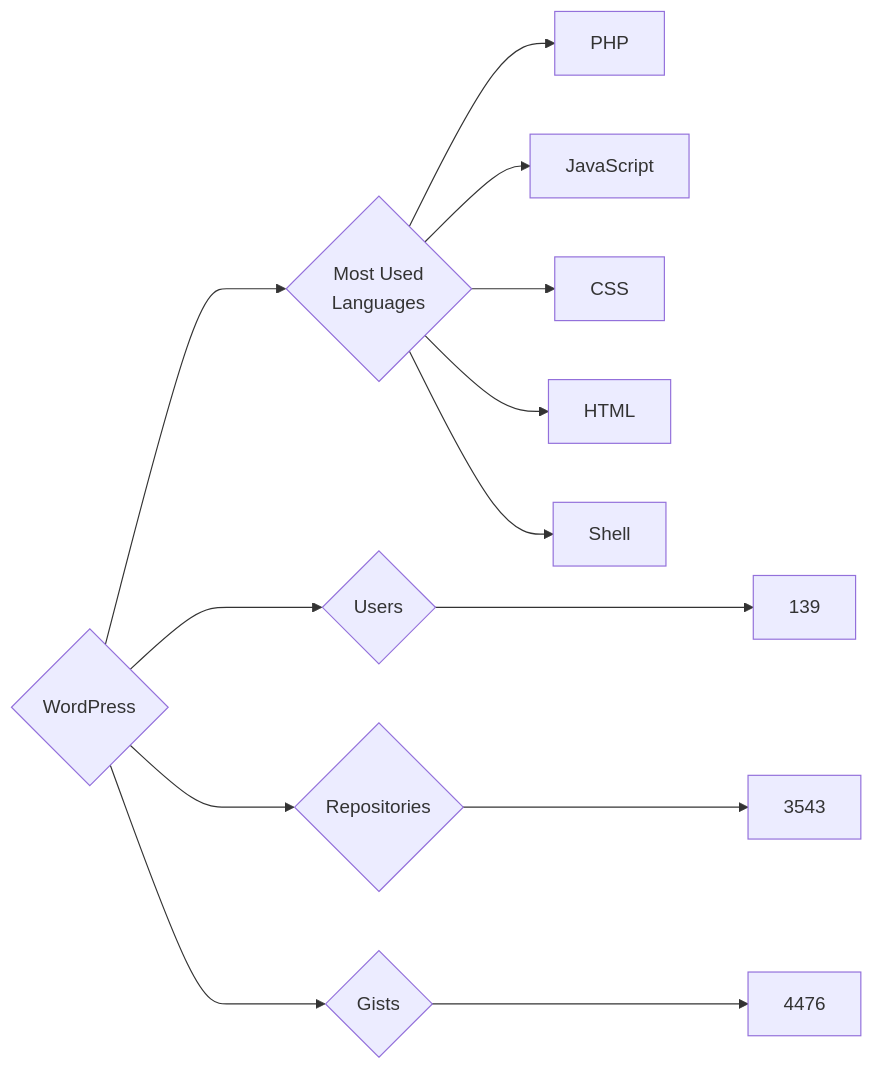
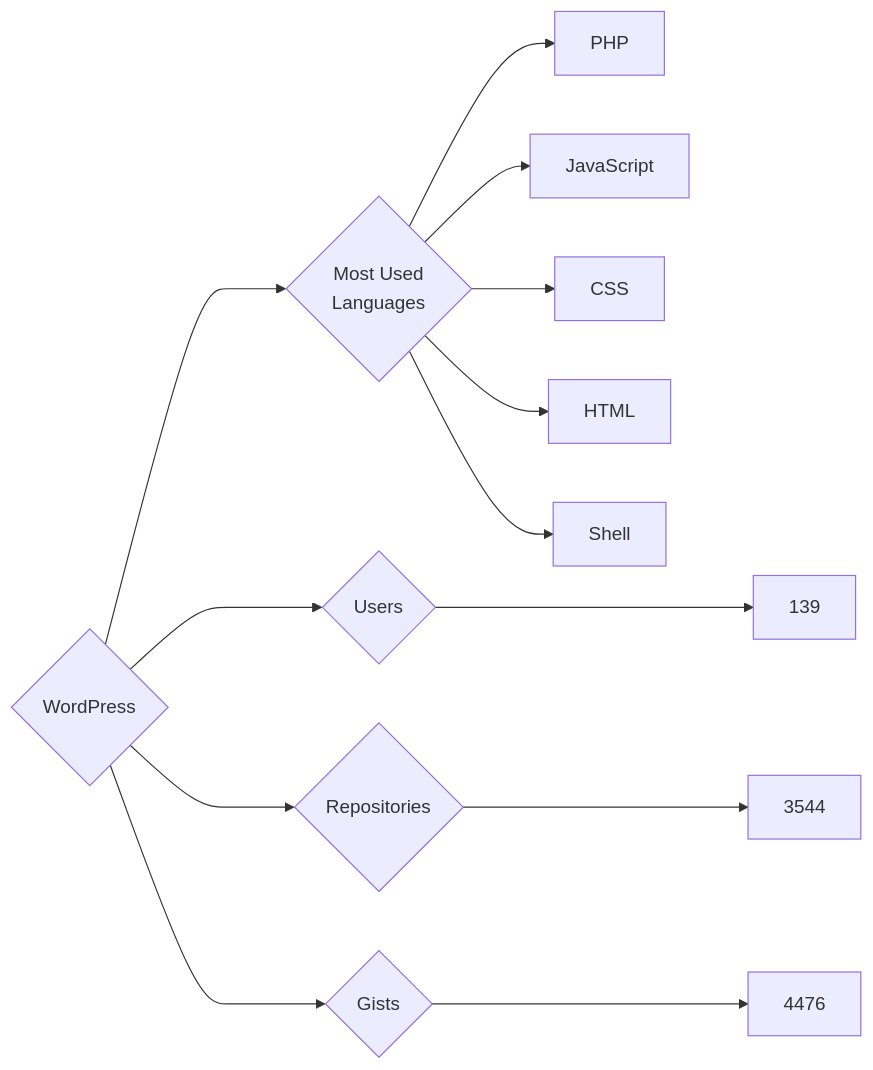
Before and after one commit to trickest/insiders: the diagram in targets/WordPress/README.md, drawn with Mermaid. The commit also changed 682 other files, not shown here.

````diff
--- a/targets/WordPress/README.md
+++ b/targets/WordPress/README.md
@@ -3,13 +3,13 @@
 ```mermaid
 graph LR
 COMPANY_NAME{WordPress}
 COMPANY_NAME ---> U{Users} ---> UN[139]
-COMPANY_NAME ---> R{Repositories} ---> RN[3543]
+COMPANY_NAME ---> R{Repositories} ---> RN[3544]
 COMPANY_NAME ---> G{Gists} ---> GN[4476]
 COMPANY_NAME ---> ML{Most Used<br>Languages}
 ML --> PHP[PHP]
 ML --> JavaScript[JavaScript]
 ML --> CSS[CSS]
 ML --> HTML[HTML]
 ML --> Shell[Shell]
 ```
````
